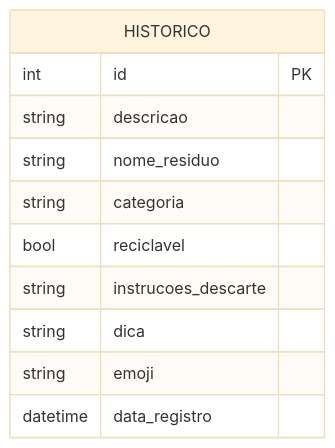
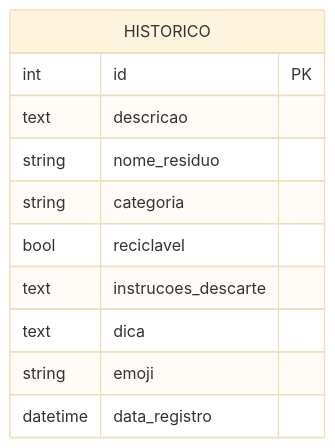
The diagram in docs/diagrama-banco-de-dados.md (gabrielroliveira98-cell/App-DescarteIA), drawn with Mermaid (base theme) before and after one commit. The commit also changed other lines of this file and 3 other files, not shown here.

Commit message:
Atualiza o C4 nível 2 e o diagrama do banco com a hospedagem na nuvem

````diff
--- a/docs/diagrama-banco-de-dados.md
+++ b/docs/diagrama-banco-de-dados.md
@@ -5,14 +5,14 @@
 ```mermaid
 erDiagram
     HISTORICO {
         int id PK
-        string descricao
+        text descricao
         string nome_residuo
         string categoria
         bool reciclavel
-        string instrucoes_descarte
-        string dica
+        text instrucoes_descarte
+        text dica
         string emoji
         datetime data_registro
     }
 ```
````
